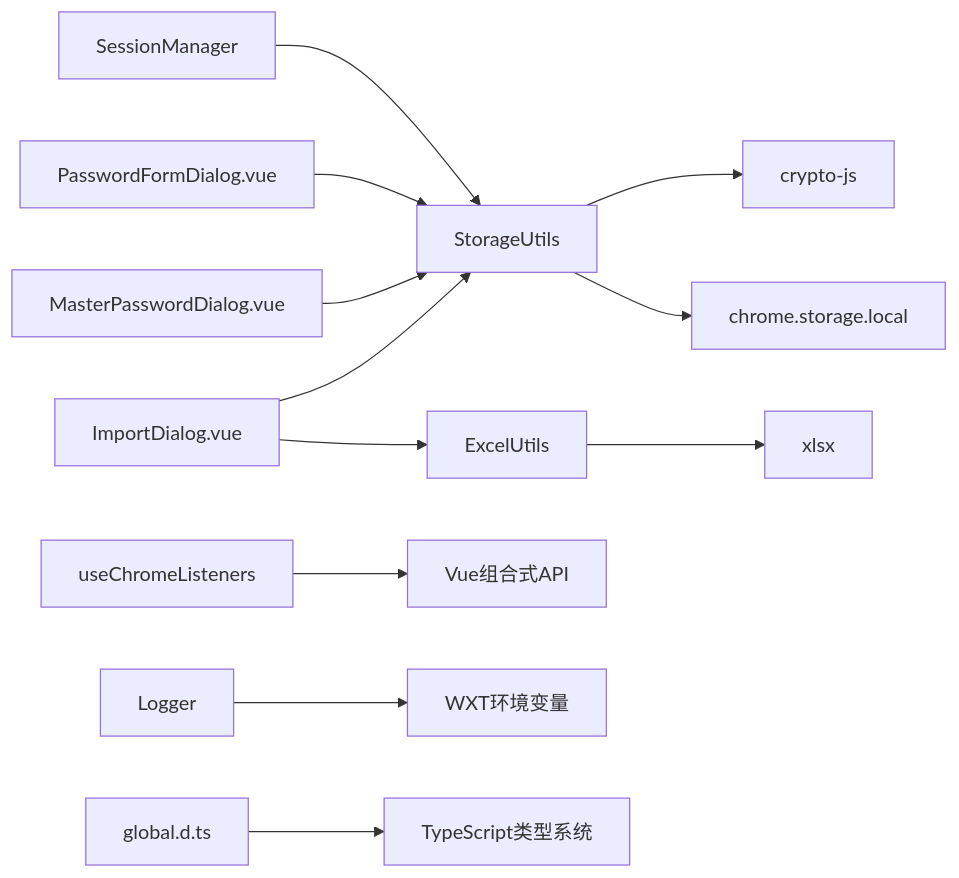
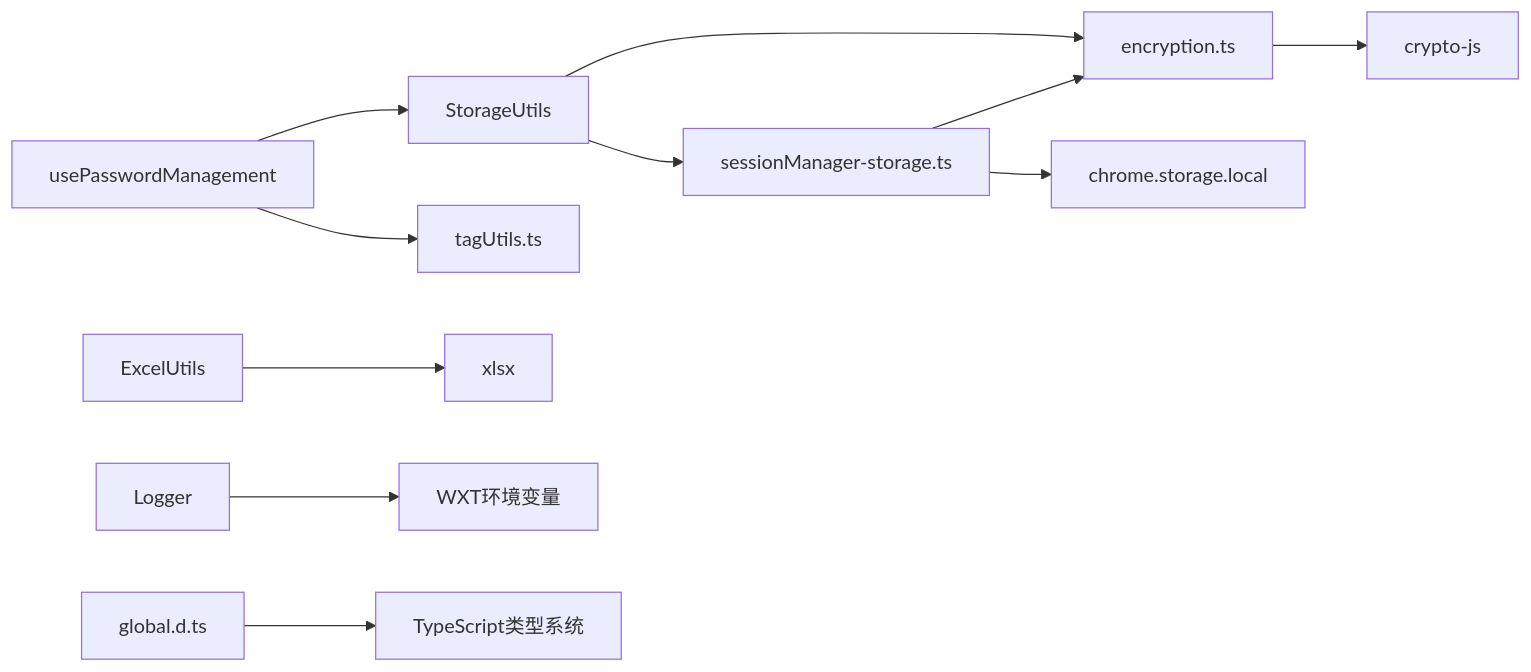
Before and after one commit to liaolongdong/account-password-helper: the tenth of 10 diagrams in .qoder/repowiki/zh/content/核心模块/核心模块.md, drawn with Mermaid. The commit also changed other lines of this file and 7 other files, not shown here.

````diff
--- a/.qoder/repowiki/zh/content/核心模块/核心模块.md
+++ b/.qoder/repowiki/zh/content/核心模块/核心模块.md
@@ -495,14 +576,13 @@
 ```mermaid
 graph LR
-ST["StorageUtils"] --> CJS["crypto-js"]
-ST --> CHROME["chrome.storage.local"]
-EX["ExcelUtils"] --> XLSX["xlsx"]
-SM["SessionManager"] --> ST
-PFD["PasswordFormDialog.vue"] --> ST
-MPD["MasterPasswordDialog.vue"] --> ST
-ID["ImportDialog.vue"] --> EX
-ID --> ST
-CL["useChromeListeners"] --> VUE["Vue组合式API"]
+ST["StorageUtils"] --> E["encryption.ts"]
+ST --> SMS["sessionManager-storage.ts"]
+E --> CJS["crypto-js"]
+SMS --> E
+SMS --> CHROME["chrome.storage.local"]
+UPM["usePasswordManagement"] --> TU["tagUtils.ts"]
+UPM --> ST
+EU["ExcelUtils"] --> XLSX["xlsx"]
 LG["Logger"] --> ENV["WXT环境变量"]
 GD["global.d.ts"] --> TYPES["TypeScript类型系统"]
 ```
````
